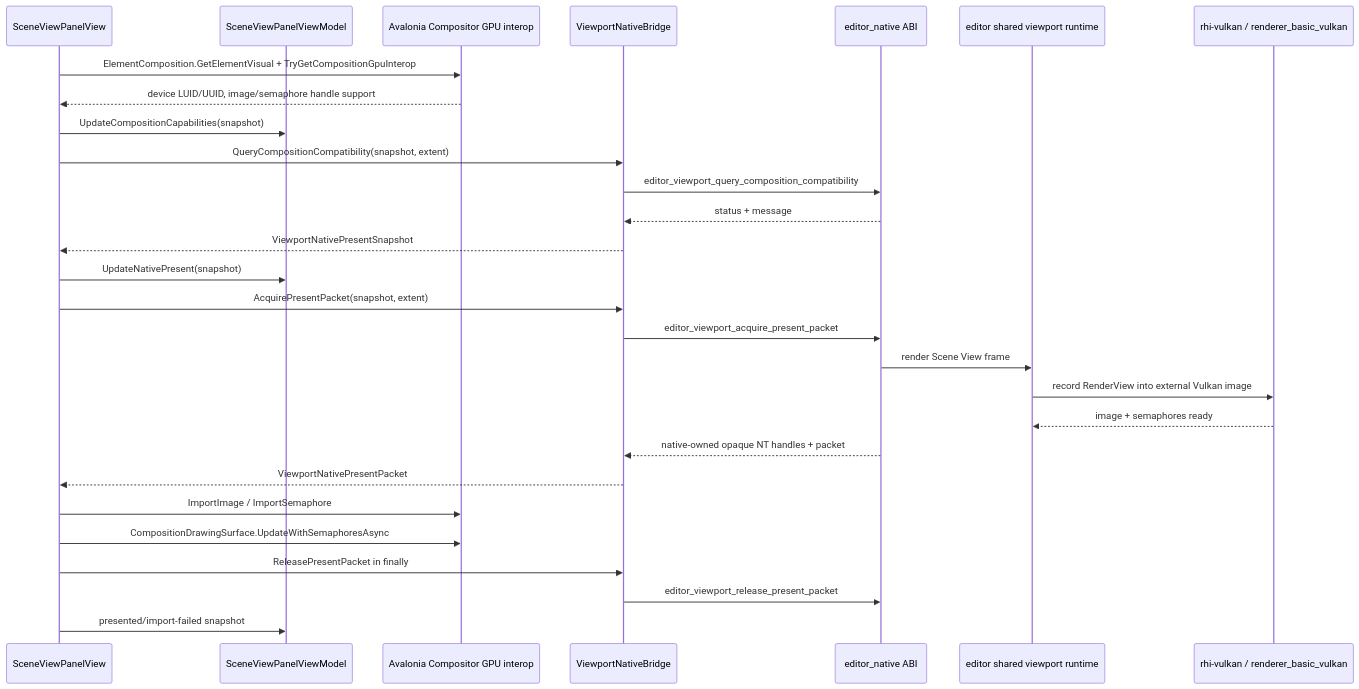
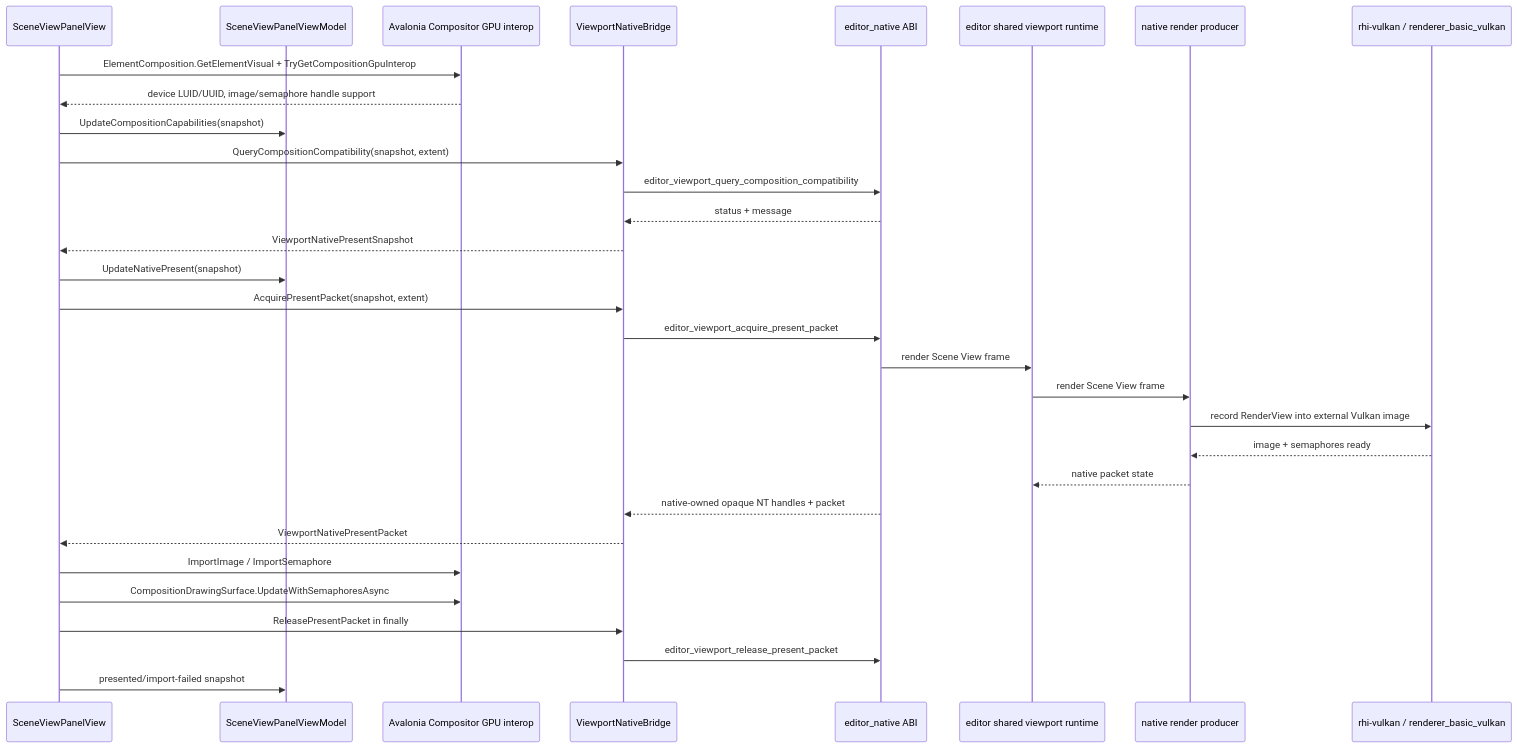
Before and after one commit to 66six11/Engine: the third of 17 diagrams in docs/architecture/flow.md, drawn with Mermaid. The commit also changed other lines of this file and 9 other files, not shown here.

Commit message:
feat: add studio native render producer (#214)

````diff
--- a/docs/architecture/flow.md
+++ b/docs/architecture/flow.md
@@ -239,31 +239,34 @@
 ```mermaid
 sequenceDiagram
     participant View as SceneViewPanelView
     participant VM as SceneViewPanelViewModel
     participant Avalonia as Avalonia Compositor GPU interop
     participant Bridge as ViewportNativeBridge
     participant Native as editor_native ABI
     participant Runtime as editor shared viewport runtime
+    participant Producer as native render producer
     participant RHI as rhi-vulkan / renderer_basic_vulkan
 
     View->>Avalonia: ElementComposition.GetElementVisual + TryGetCompositionGpuInterop
     Avalonia-->>View: device LUID/UUID, image/semaphore handle support
     View->>VM: UpdateCompositionCapabilities(snapshot)
     View->>Bridge: QueryCompositionCompatibility(snapshot, extent)
     Bridge->>Native: editor_viewport_query_composition_compatibility
     Native-->>Bridge: status + message
     Bridge-->>View: ViewportNativePresentSnapshot
     View->>VM: UpdateNativePresent(snapshot)
     View->>Bridge: AcquirePresentPacket(snapshot, extent)
     Bridge->>Native: editor_viewport_acquire_present_packet
     Native->>Runtime: render Scene View frame
-    Runtime->>RHI: record RenderView into external Vulkan image
-    RHI-->>Runtime: image + semaphores ready
+    Runtime->>Producer: render Scene View frame
+    Producer->>RHI: record RenderView into external Vulkan image
+    RHI-->>Producer: image + semaphores ready
+    Producer-->>Runtime: native packet state
     Native-->>Bridge: native-owned opaque NT handles + packet
     Bridge-->>View: ViewportNativePresentPacket
     View->>Avalonia: ImportImage / ImportSemaphore
     View->>Avalonia: CompositionDrawingSurface.UpdateWithSemaphoresAsync
     View->>Bridge: ReleasePresentPacket in finally
     Bridge->>Native: editor_viewport_release_present_packet
     View->>VM: presented/import-failed snapshot
 ```
````
